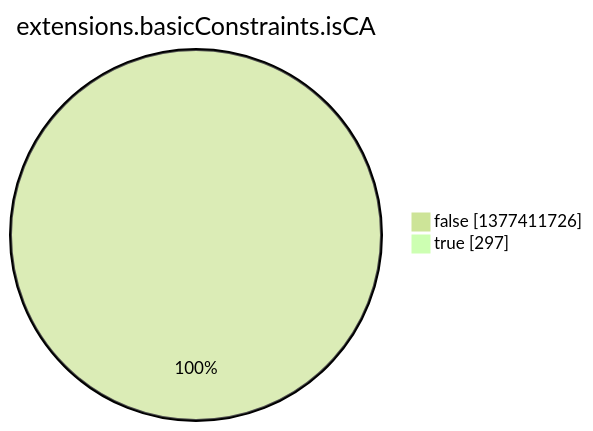
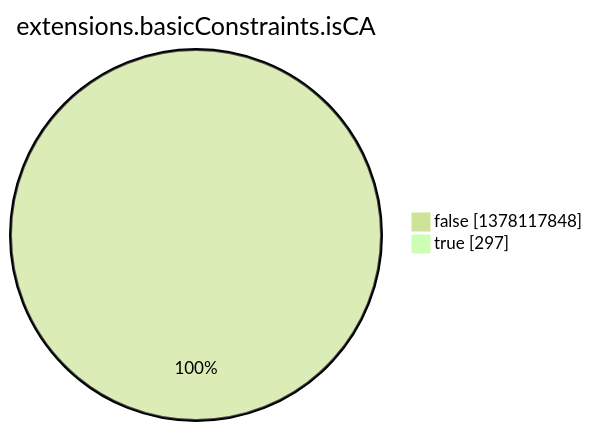
One commit to christiankrug/ctmonitor_visualization changed the eighth of 15 diagrams in argon2022/README.md. Above: the diagram before and after it, drawn with Mermaid (forest theme). The commit also changed other lines of this file, not shown here.

````diff
--- a/argon2022/README.md
+++ b/argon2022/README.md
@@ -2759,6 +2759,6 @@
 ```mermaid
 pie showData
 title extensions.basicConstraints.isCA
-"false" :1377411726
+"false" :1378117848
 "true" :297
 ```
````
